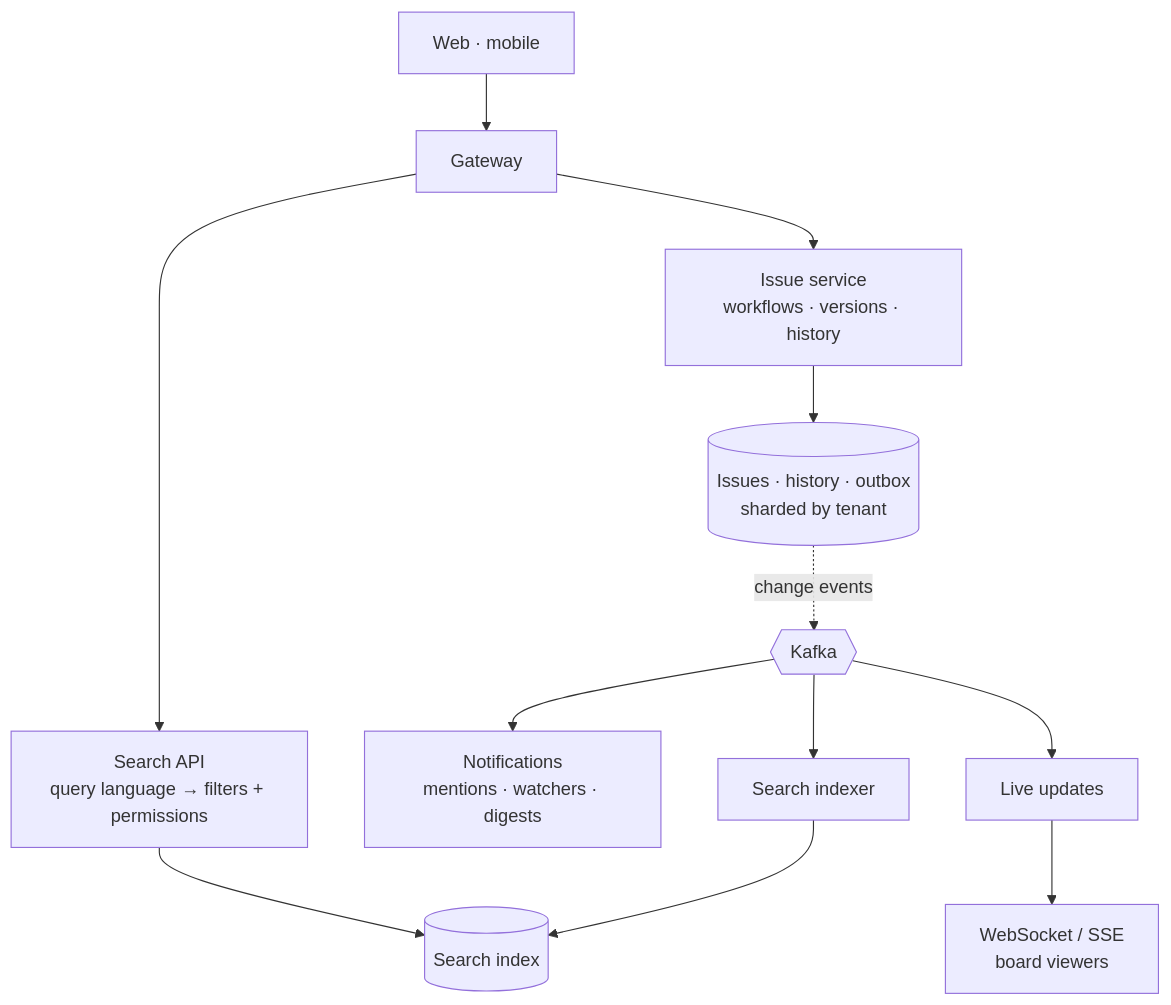
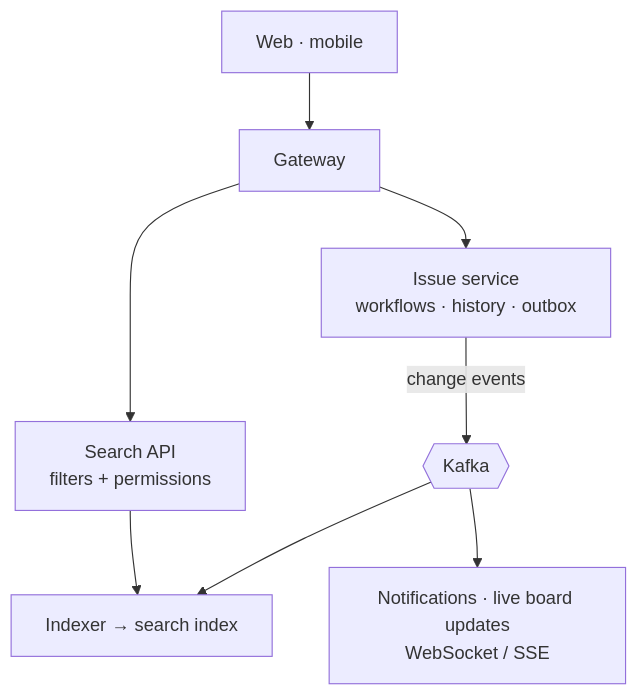
Before and after one commit to dhaval-76/engineering-field-guide: the diagram in src/content/topics/system-design/project-management-tool/diagrams/tracker-architecture.mmd, drawn with Mermaid. The commit also changed 22 other files, not shown here.

Commit message:
System design diagrams: narrow layouts for phones

```diff
--- a/src/content/topics/system-design/project-management-tool/diagrams/tracker-architecture.mmd
+++ b/src/content/topics/system-design/project-management-tool/diagrams/tracker-architecture.mmd
@@ -1,9 +1,8 @@
 flowchart TD
   U[Web · mobile] --> GW[Gateway]
-  GW --> IS[Issue service<br/>workflows · versions · history]
-  IS --> DB[(Issues · history · outbox<br/>sharded by tenant)]
-  DB -. change events .-> K{{Kafka}}
-  K --> IX[Search indexer] --> ES[(Search index)]
-  K --> NS[Notifications<br/>mentions · watchers · digests]
-  K --> LV[Live updates] --> WS[WebSocket / SSE<br/>board viewers]
-  GW --> SR[Search API<br/>query language → filters + permissions] --> ES
+  GW --> IS[Issue service<br/>workflows · history · outbox]
+  GW --> SR[Search API<br/>filters + permissions]
+  IS -- "change events" --> K{{Kafka}}
+  K --> IX[Indexer → search index]
+  K --> NL[Notifications · live board updates<br/>WebSocket / SSE]
+  SR --> IX
```
